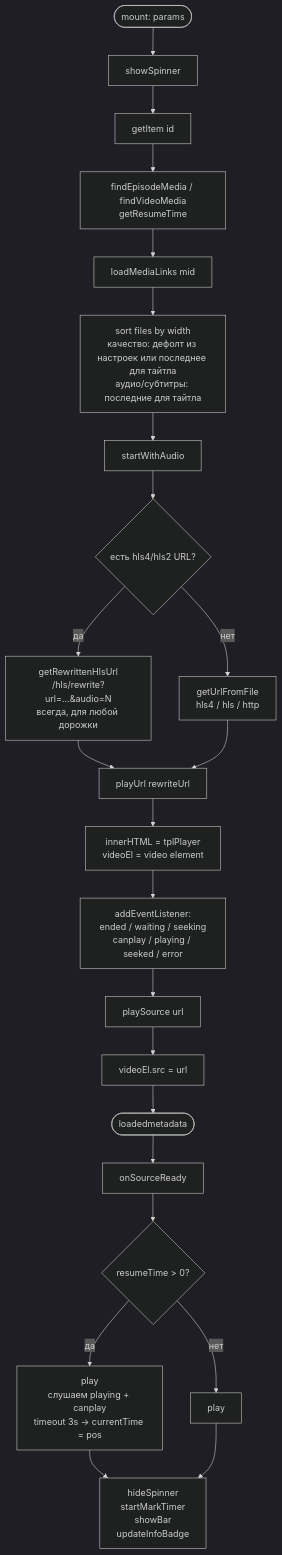
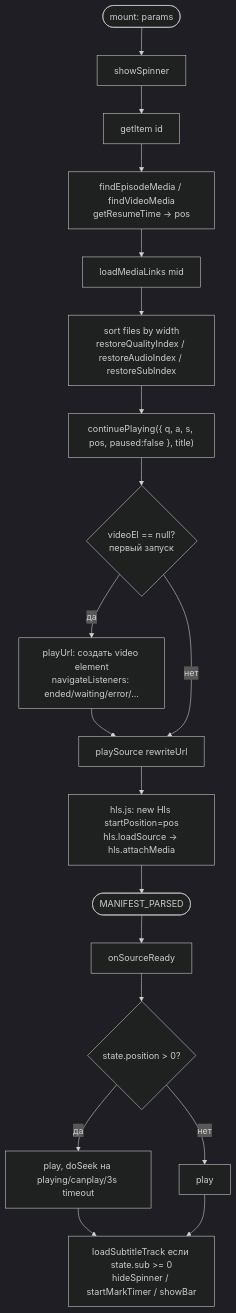
Before and after one commit to stdray/yobapub: the first of 8 diagrams in doc/player-flow.md, drawn with Mermaid (dark theme). The commit also changed other lines of this file, not shown here.

Commit message:
docs: update player-flow.md for PlayState + continuePlaying architecture

````diff
--- a/doc/player-flow.md
+++ b/doc/player-flow.md
@@ -5,31 +22,24 @@
 ```mermaid
 flowchart TD
     A([mount: params]) --> B[showSpinner]
     B --> C[getItem id]
-    C --> D[findEpisodeMedia / findVideoMedia\ngetResumeTime]
+    C --> D[findEpisodeMedia / findVideoMedia\ngetResumeTime → pos]
     D --> E[loadMediaLinks mid]
-    E --> F[sort files by width\nкачество: дефолт из настроек или последнее для тайтла\nаудио/субтитры: последние для тайтла]
-    F --> G[startWithAudio]
+    E --> F[sort files by width\nrestoreQualityIndex / restoreAudioIndex / restoreSubIndex]
+    F --> G["continuePlaying({ q, a, s, pos, paused:false }, title)"]
 
-    G --> H{есть hls4/hls2 URL?}
-    H -- да --> I[getRewrittenHlsUrl\n/hls/rewrite?url=...&audio=N\nвсегда, для любой дорожки]
-    H -- нет --> J[getUrlFromFile\nhls4 / hls / http]
-    I --> K[playUrl rewriteUrl]
-    J --> K
+    G --> H{videoEl == null?\nпервый запуск}
+    H -- да --> I[playUrl: создать video element\nnavigateListeners: ended/waiting/error/...]
+    I --> J[playSource rewriteUrl]
+    H -- нет --> J
 
-    K --> L[innerHTML = tplPlayer\nvideoEl = video element]
-    L --> M[addEventListener:\nended / waiting / seeking\ncanplay / playing / seeked / error]
-    M --> N[playSource url]
+    J --> K[hls.js: new Hls startPosition=pos\nhls.loadSource → hls.attachMedia]
+    K --> L([MANIFEST_PARSED])
+    L --> M[onSourceReady]
 
-    N --> O[videoEl.src = url]
-    O --> R([loadedmetadata])
-
-    R --> S[onSourceReady]
-
-    S --> T{resumeTime > 0?}
-    T -- да --> U[play\nслушаем playing + canplay\ntimeout 3s → currentTime = pos]
-    T -- нет --> W[play]
-
-    U --> Y[hideSpinner\nstartMarkTimer\nshowBar\nupdateInfoBadge]
-    W --> Y
+    M --> N{state.position > 0?}
+    N -- да --> O["play, doSeek на playing/canplay/3s timeout"]
+    N -- нет --> P[play]
+    O --> Q[loadSubtitleTrack если state.sub >= 0\nhideSpinner / startMarkTimer / showBar]
+    P --> Q
 ```
````
